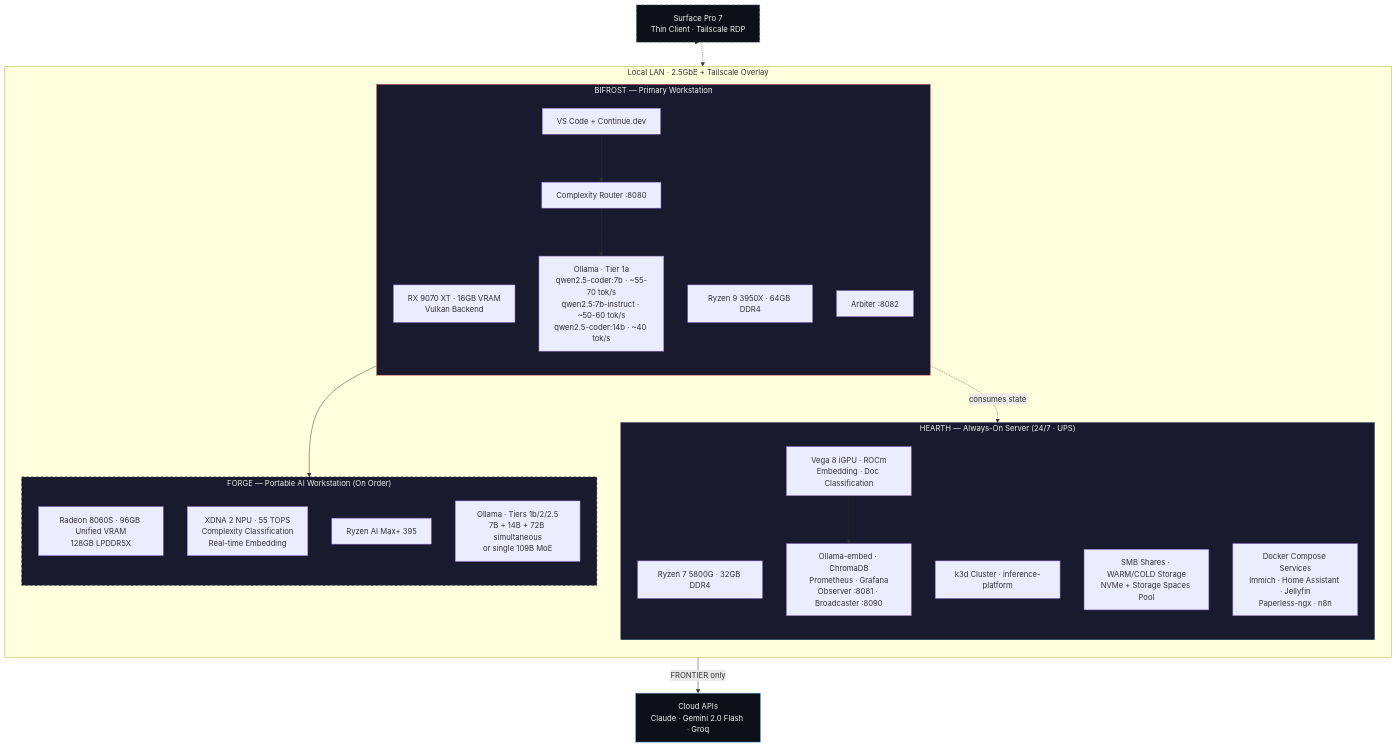
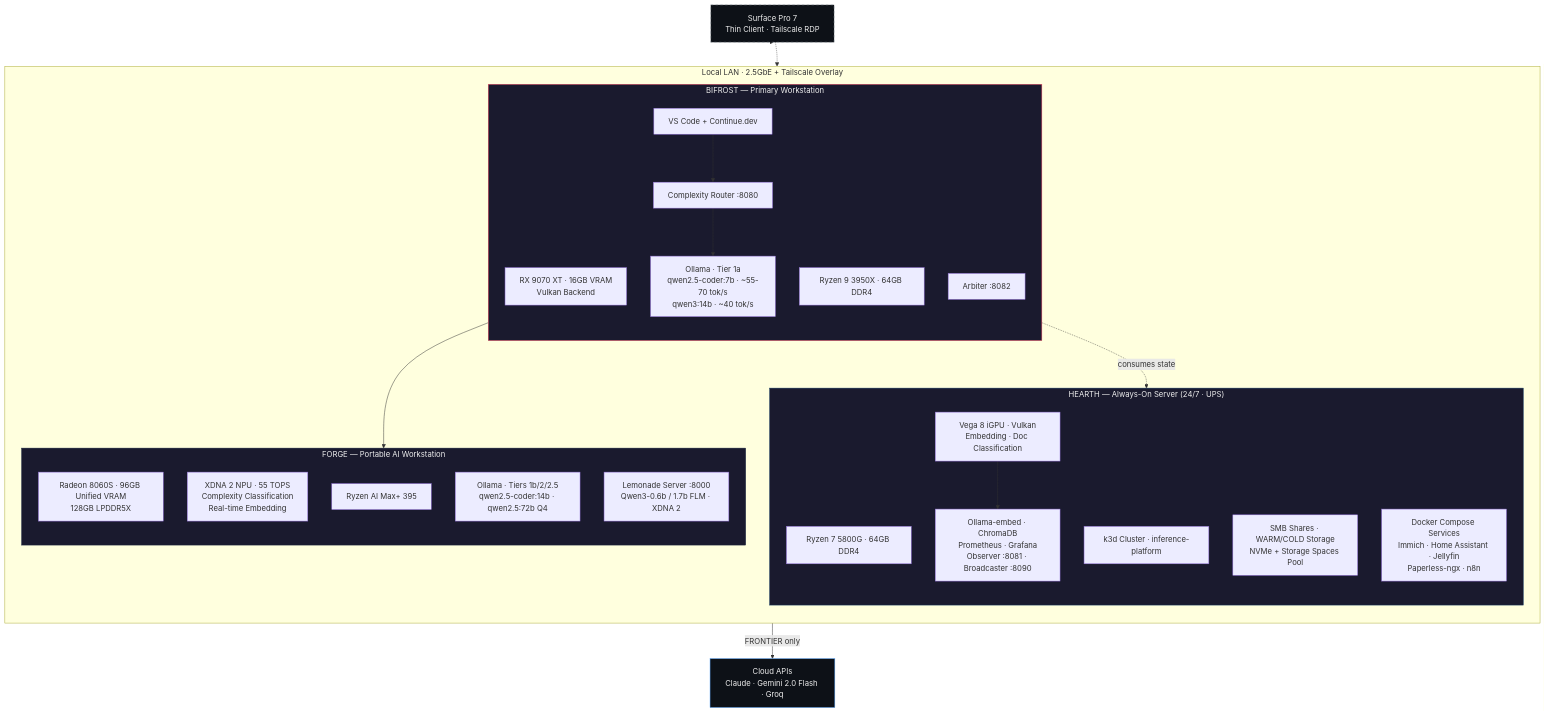
The first of 5 diagrams in README.md (jhpritch-dev/bifrost-platform), drawn with Mermaid before and after one commit. The commit also changed other lines of this file, not shown here.

````diff
--- a/README.md
+++ b/README.md
@@ -21,52 +11,53 @@
 ```mermaid
 graph TB
     subgraph BIFROST_NET["Local LAN · 2.5GbE + Tailscale Overlay"]
         direction TB
 
         subgraph BIF["BIFROST — Primary Workstation"]
             direction TB
             BIF_GPU["RX 9070 XT · 16GB VRAM\nVulkan Backend"]
             BIF_CPU["Ryzen 9 3950X · 64GB DDR4"]
-            BIF_OLLAMA["Ollama · Tier 1a\nqwen2.5-coder:7b · ~55-70 tok/s\nqwen2.5:7b-instruct · ~50-60 tok/s\nqwen2.5-coder:14b · ~40 tok/s"]
+            BIF_OLLAMA["Ollama · Tier 1a\nqwen2.5-coder:7b · ~55-70 tok/s\nqwen3:14b · ~40 tok/s"]
             BIF_ROUTER["Complexity Router :8080"]
             BIF_ARBITER["Arbiter :8082"]
             BIF_IDE["VS Code + Continue.dev"]
         end
 
         subgraph HEARTH["HEARTH — Always-On Server (24/7 · UPS)"]
             direction TB
-            H_CPU["Ryzen 7 5800G · 32GB DDR4"]
-            H_IGPU["Vega 8 iGPU · ROCm\nEmbedding · Doc Classification"]
+            H_CPU["Ryzen 7 5800G · 64GB DDR4"]
+            H_IGPU["Vega 8 iGPU · Vulkan\nEmbedding · Doc Classification"]
             H_K3D["k3d Cluster · inference-platform"]
             H_SERVICES["Ollama-embed · ChromaDB\nPrometheus · Grafana\nObserver :8081 · Broadcaster :8090"]
             H_STORAGE["SMB Shares · WARM/COLD Storage\nNVMe + Storage Spaces Pool"]
             H_DOCKER["Docker Compose Services\nImmich · Home Assistant · Jellyfin\nPaperless-ngx · n8n"]
         end
 
-        subgraph FORGE["FORGE — Portable AI Workstation (On Order)"]
+        subgraph FORGE["FORGE — Portable AI Workstation"]
             direction TB
             F_GPU["Radeon 8060S · 96GB Unified VRAM\n128GB LPDDR5X"]
             F_NPU["XDNA 2 NPU · 55 TOPS\nComplexity Classification\nReal-time Embedding"]
             F_CPU["Ryzen AI Max+ 395"]
-            F_OLLAMA["Ollama · Tiers 1b/2/2.5\n7B + 14B + 72B simultaneous\nor single 109B MoE"]
+            F_OLLAMA["Ollama · Tiers 1b/2/2.5\nqwen2.5-coder:14b · qwen2.5:72b Q4"]
+            F_LEM["Lemonade Server :8000\nQwen3-0.6b / 1.7b FLM · XDNA 2"]
         end
     end
 
     BIF_IDE --> BIF_ROUTER
     BIF_ROUTER --> BIF_OLLAMA
     BIF_ROUTER --> F_OLLAMA
     BIF_ROUTER -->|"FRONTIER only"| CLOUD
     BIF_ARBITER -.->|consumes state| H_SERVICES
     H_IGPU --> H_SERVICES
 
     CLOUD["Cloud APIs\nClaude · Gemini 2.0 Flash · Groq"]
 
     SURFACE["Surface Pro 7\nThin Client · Tailscale RDP"] -.-> BIF
     SURFACE -.-> FORGE
 
     style BIF fill:#1a1a2e,stroke:#e94560,color:#eee
     style HEARTH fill:#1a1a2e,stroke:#0f3460,color:#eee
-    style FORGE fill:#1a1a2e,stroke:#16213e,color:#eee,stroke-dasharray: 5 5
+    style FORGE fill:#1a1a2e,stroke:#16213e,color:#eee
     style CLOUD fill:#0d1117,stroke:#58a6ff,color:#eee
     style SURFACE fill:#0d1117,stroke:#8b949e,color:#eee,stroke-dasharray: 5 5
 ```
````
